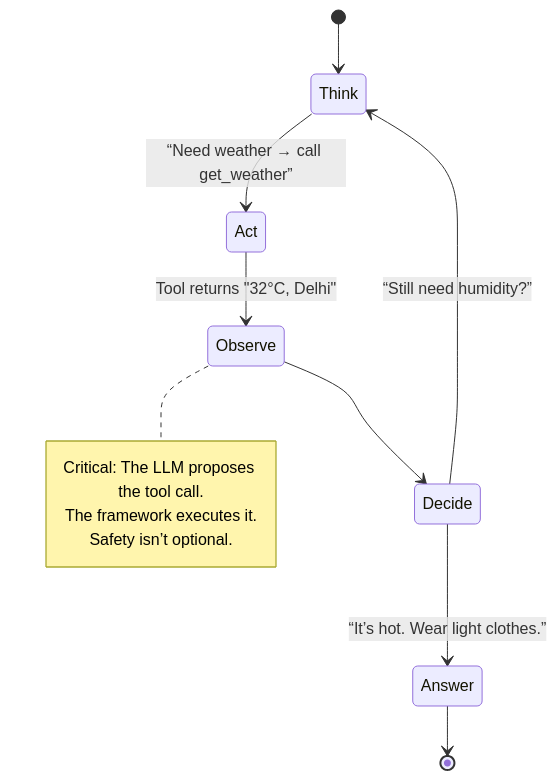
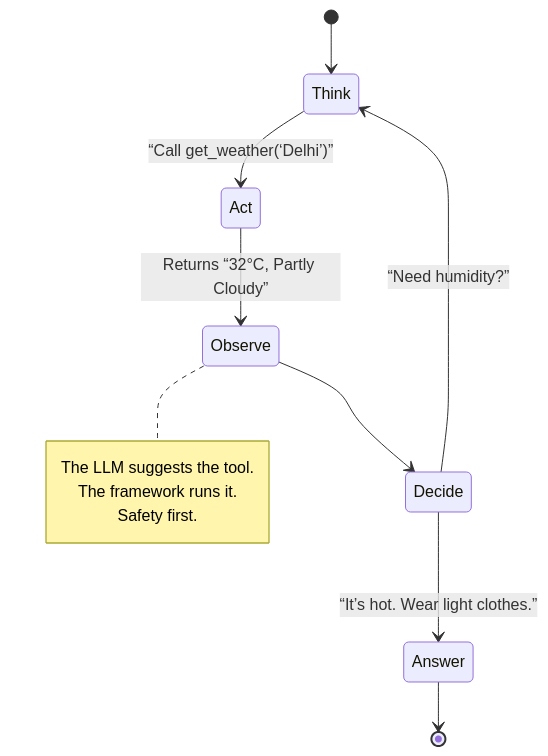
One commit to ayushsyntax/LangChain_Journey changed the second of 2 diagrams in README.md. Above: the diagram before and after it, drawn with Mermaid. The commit also changed other lines of this file, not shown here.

````diff
--- a/README.md
+++ b/README.md
@@ -102,16 +101,16 @@
 ```mermaid
 stateDiagram-v2
     [*] --> Think
-    Think --> Act: “Need weather → call get_weather”
-    Act --> Observe: Tool returns "32°C, Delhi"
+    Think --> Act: “Call get_weather(‘Delhi’)”
+    Act --> Observe: Returns “32°C, Partly Cloudy”
     Observe --> Decide
-    Decide --> Think: “Still need humidity?”
+    Decide --> Think: “Need humidity?”
     Decide --> Answer: “It’s hot. Wear light clothes.”
     Answer --> [*]
     
     note right of Observe
-      Critical: The LLM proposes the tool call.
-      The framework executes it.
-      Safety isn’t optional.
+      The LLM suggests the tool.
+      The framework runs it.
+      Safety first.
     end note
 ```
````
